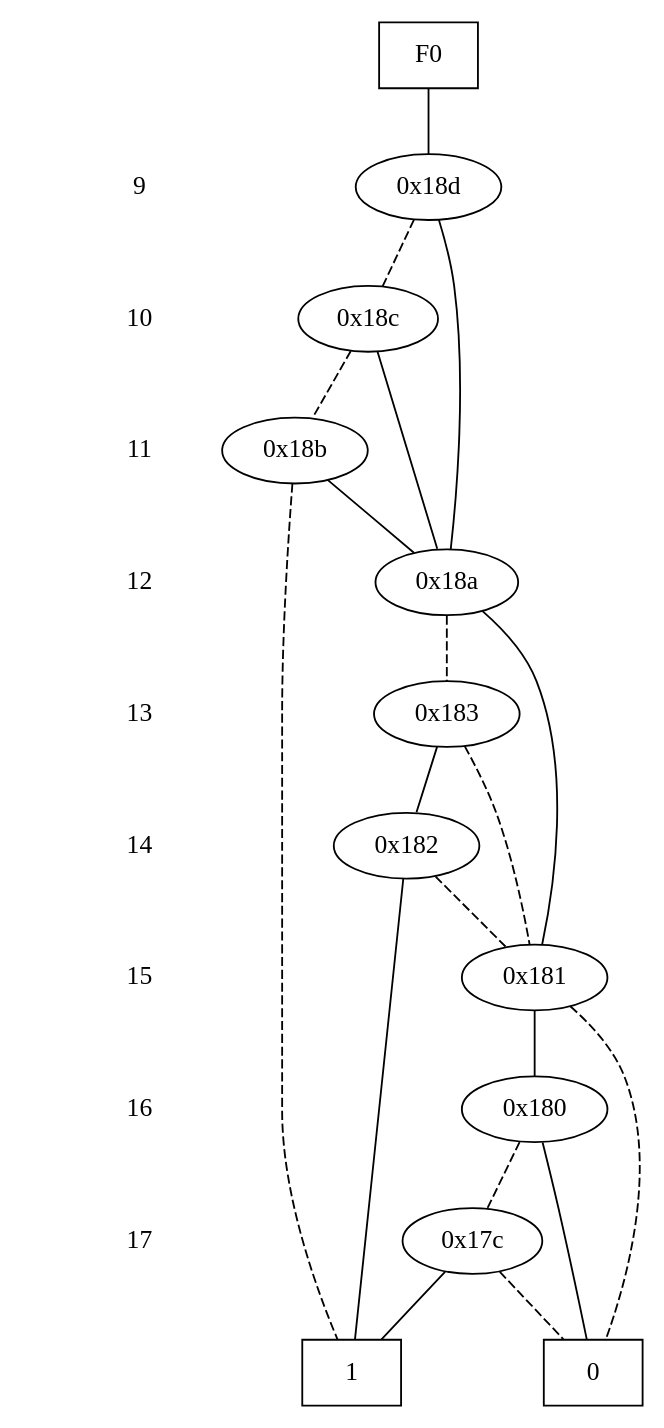
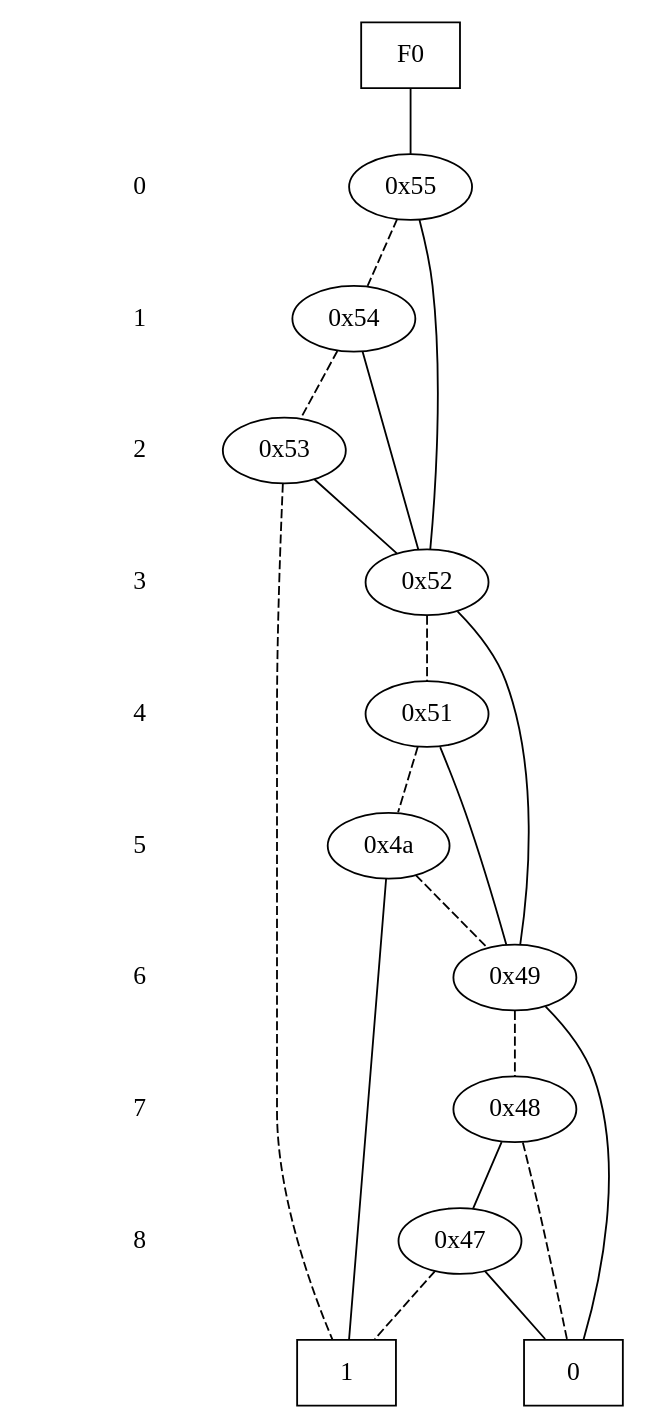
One commit to brewmaster011/bdd_generator changed the diagram in bdd/graph.dot. Above: the diagram before and after it, drawn with Graphviz. The commit also changed 2 other files, not shown here.

```diff
--- a/bdd/graph.dot
+++ b/bdd/graph.dot
@@ -1,65 +1,65 @@
 digraph "DD" {
 size = "7.5,10"
 center = true;
 edge [dir = none];
 { node [shape = plaintext];
   edge [style = invis];
   "CONST NODES" [style = invis];
-" 9 " -> " 10 " -> " 11 " -> " 12 " -> " 13 " -> " 14 " -> " 15 " -> " 16 " -> " 17 " -> "CONST NODES"; 
+" 0 " -> " 1 " -> " 2 " -> " 3 " -> " 4 " -> " 5 " -> " 6 " -> " 7 " -> " 8 " -> "CONST NODES"; 
 }
 { rank = same; node [shape = box]; edge [style = invis];
 "F0"; }
-{ rank = same; " 9 ";
-"0x18d";
+{ rank = same; " 0 ";
+"0x55";
 }
-{ rank = same; " 10 ";
-"0x18c";
+{ rank = same; " 1 ";
+"0x54";
 }
-{ rank = same; " 11 ";
-"0x18b";
+{ rank = same; " 2 ";
+"0x53";
 }
-{ rank = same; " 12 ";
-"0x18a";
+{ rank = same; " 3 ";
+"0x52";
 }
-{ rank = same; " 13 ";
-"0x183";
+{ rank = same; " 4 ";
+"0x51";
 }
-{ rank = same; " 14 ";
-"0x182";
+{ rank = same; " 5 ";
+"0x4a";
 }
-{ rank = same; " 15 ";
-"0x181";
+{ rank = same; " 6 ";
+"0x49";
 }
-{ rank = same; " 16 ";
-"0x180";
+{ rank = same; " 7 ";
+"0x48";
 }
-{ rank = same; " 17 ";
-"0x17c";
+{ rank = same; " 8 ";
+"0x47";
 }
 { rank = same; "CONST NODES";
-{ node [shape = box]; "0x126";
-"0x125";
+{ node [shape = box]; "0x26";
+"0x25";
 }
 }
-"F0" -> "0x18d" [style = solid];
-"0x18d" -> "0x18a";
-"0x18d" -> "0x18c" [style = dashed];
-"0x18c" -> "0x18a";
-"0x18c" -> "0x18b" [style = dashed];
-"0x18b" -> "0x18a";
-"0x18b" -> "0x125" [style = dashed];
-"0x18a" -> "0x181";
-"0x18a" -> "0x183" [style = dashed];
-"0x183" -> "0x182";
-"0x183" -> "0x181" [style = dashed];
-"0x182" -> "0x125";
-"0x182" -> "0x181" [style = dashed];
-"0x181" -> "0x180";
-"0x181" -> "0x126" [style = dashed];
-"0x180" -> "0x126";
-"0x180" -> "0x17c" [style = dashed];
-"0x17c" -> "0x125";
-"0x17c" -> "0x126" [style = dashed];
-"0x126" [label = "0"];
-"0x125" [label = "1"];
+"F0" -> "0x55" [style = solid];
+"0x55" -> "0x52";
+"0x55" -> "0x54" [style = dashed];
+"0x54" -> "0x52";
+"0x54" -> "0x53" [style = dashed];
+"0x53" -> "0x52";
+"0x53" -> "0x25" [style = dashed];
+"0x52" -> "0x49";
+"0x52" -> "0x51" [style = dashed];
+"0x51" -> "0x49";
+"0x51" -> "0x4a" [style = dashed];
+"0x4a" -> "0x25";
+"0x4a" -> "0x49" [style = dashed];
+"0x49" -> "0x26";
+"0x49" -> "0x48" [style = dashed];
+"0x48" -> "0x47";
+"0x48" -> "0x26" [style = dashed];
+"0x47" -> "0x26";
+"0x47" -> "0x25" [style = dashed];
+"0x26" [label = "0"];
+"0x25" [label = "1"];
 }
```
